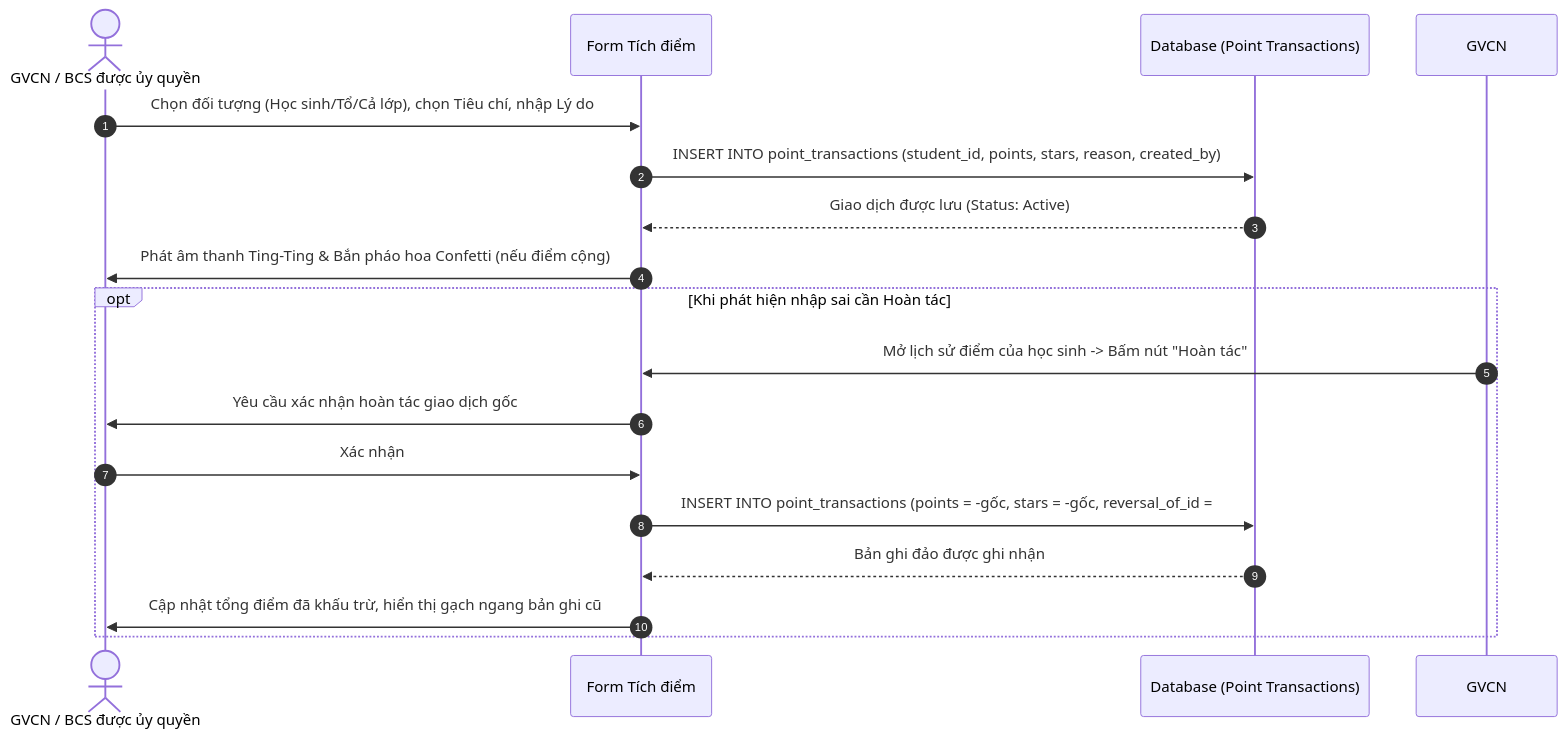
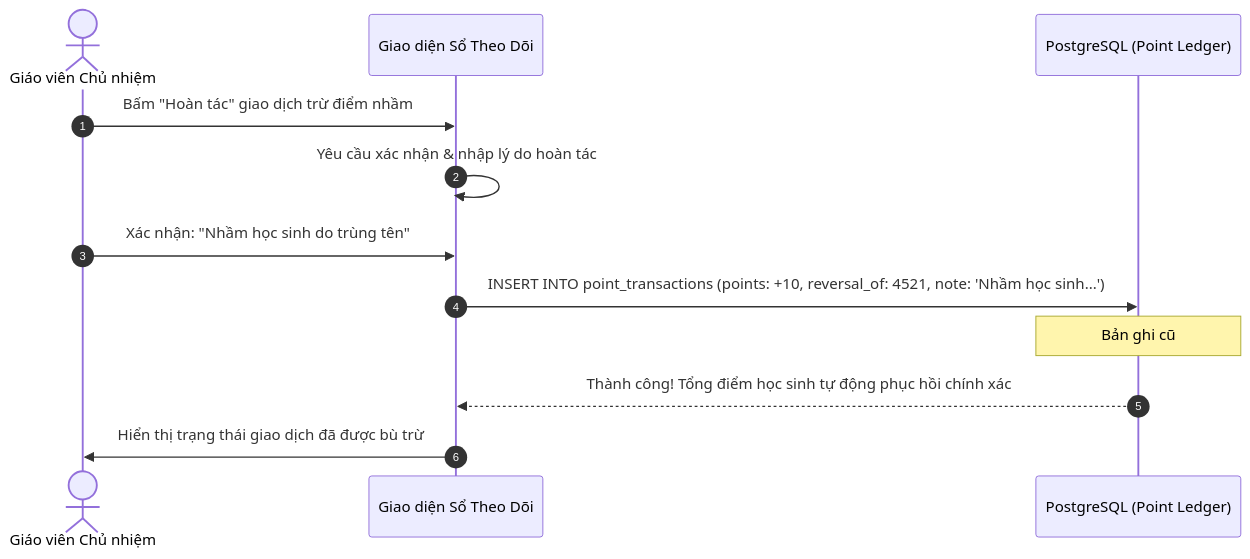
One commit to bopv2848/Web-GVCN changed the third of 5 diagrams in docs/02-rbac-and-user-flows.md. Above: the diagram before and after it, drawn with Mermaid. The commit also changed other lines of this file and 77 other files, not shown here.

Commit message:
Triển khai Giai đoạn 5 & Sơ đồ lớp: Điểm danh chuyên cần Realtime kèm cảnh báo dịch bệnh, Sổ cái thi đua Append-only hoàn tác minh bạch và Sơ đồ lớp tương tác đảo dãy tuần chẵn/lẻ

````diff
--- a/docs/02-rbac-and-user-flows.md
+++ b/docs/02-rbac-and-user-flows.md
@@ -137,21 +150,15 @@
 ```mermaid
 sequenceDiagram
     autonumber
-    actor User as GVCN / BCS được ủy quyền
-    participant UI as Form Tích điểm
-    participant DB as Database (Point Transactions)
-    
-    User->>UI: Chọn đối tượng (Học sinh/Tổ/Cả lớp), chọn Tiêu chí, nhập Lý do
-    UI->>DB: INSERT INTO point_transactions (student_id, points, stars, reason, created_by)
-    DB-->>UI: Giao dịch được lưu (Status: Active)
-    UI->>User: Phát âm thanh Ting-Ting & Bắn pháo hoa Confetti (nếu điểm cộng)
-    
-    opt Khi phát hiện nhập sai cần Hoàn tác
-        GVCN->>UI: Mở lịch sử điểm của học sinh -> Bấm nút "Hoàn tác"
-        UI->>User: Yêu cầu xác nhận hoàn tác giao dịch gốc #101
-        User->>UI: Xác nhận
-        UI->>DB: INSERT INTO point_transactions (points = -gốc, stars = -gốc, reversal_of_id = #101, reason = 'Hoàn tác giao dịch #101')
-        DB-->>UI: Bản ghi đảo được ghi nhận
-        UI->>User: Cập nhật tổng điểm đã khấu trừ, hiển thị gạch ngang bản ghi cũ
-    end
+    actor GV as Giáo viên Chủ nhiệm
+    participant UI as Giao diện Sổ Theo Dõi
+    participant DB as PostgreSQL (Point Ledger)
+
+    GV->>UI: Bấm "Hoàn tác" giao dịch trừ điểm nhầm #4521 (-10đ)
+    UI->>UI: Yêu cầu xác nhận & nhập lý do hoàn tác
+    GV->>UI: Xác nhận: "Nhầm học sinh do trùng tên"
+    UI->>DB: INSERT INTO point_transactions (points: +10, reversal_of: 4521, note: 'Nhầm học sinh...')
+    Note over DB: Bản ghi cũ #4521 giữ nguyên 100% lịch sử<br/>Bản ghi mới #4522 bù trừ số điểm
+    DB-->>UI: Thành công! Tổng điểm học sinh tự động phục hồi chính xác
+    UI->>GV: Hiển thị trạng thái giao dịch đã được bù trừ
 ```
````
